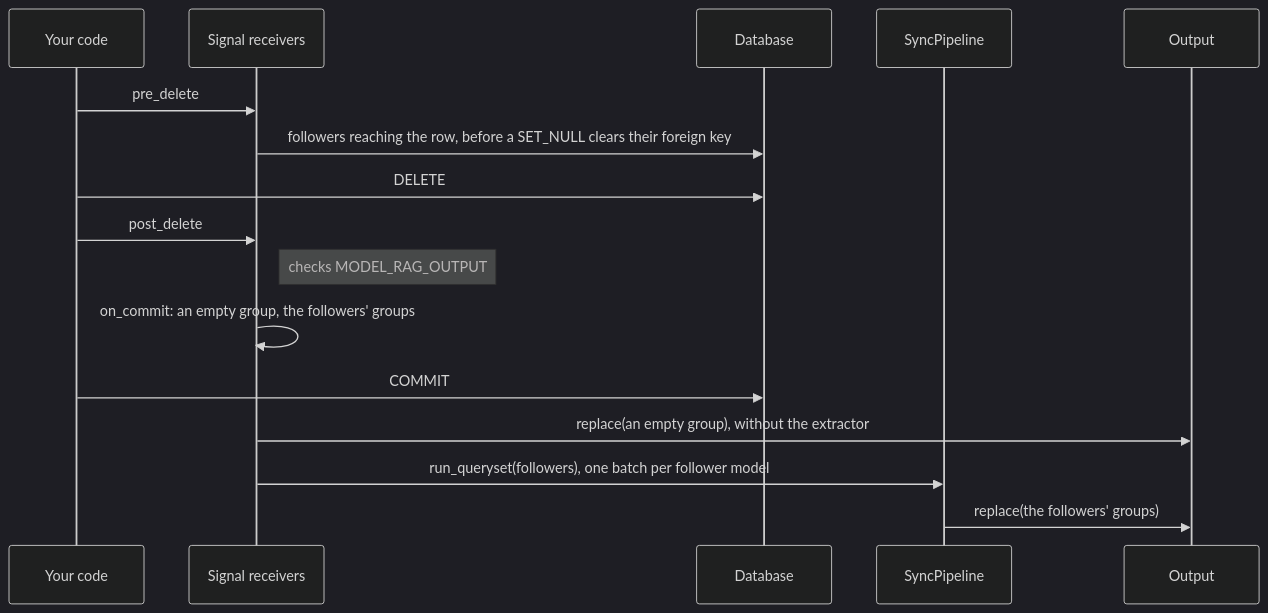
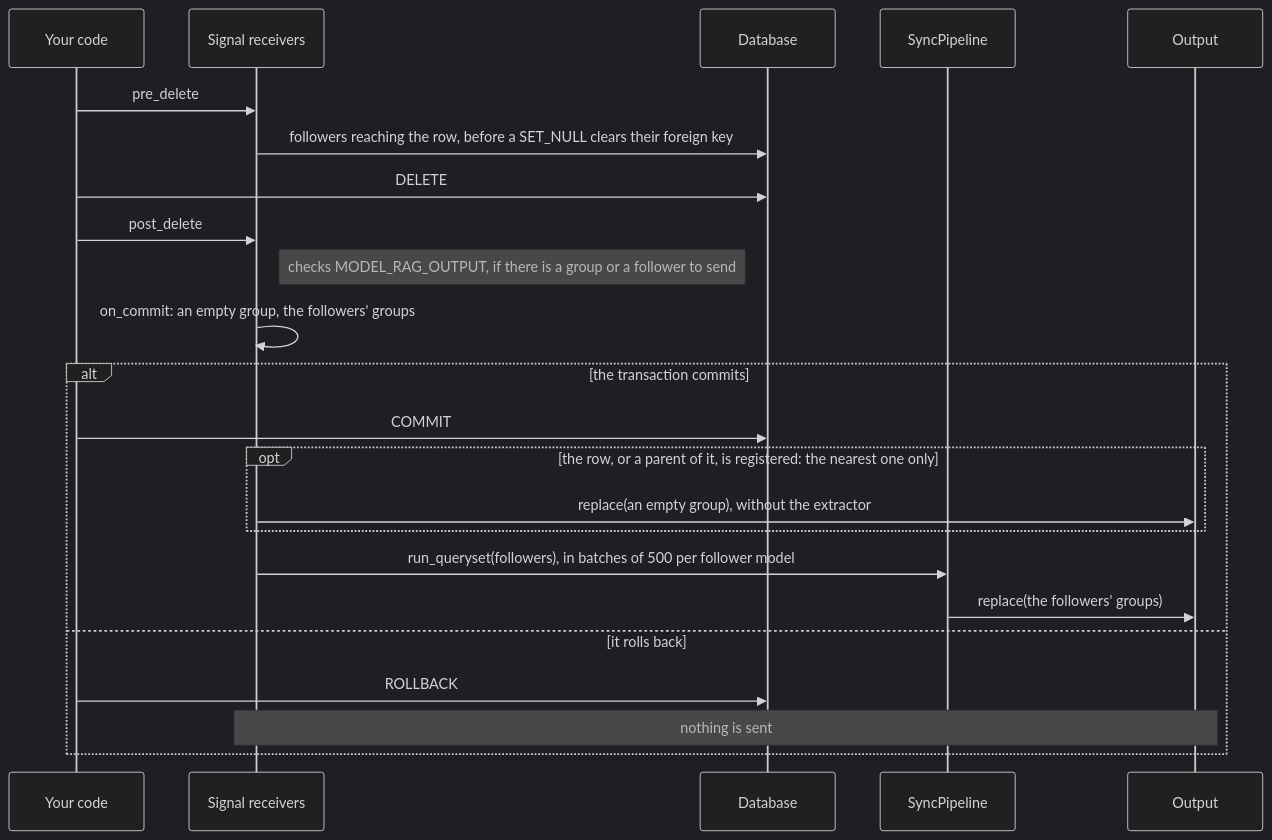
One commit to gtolivier/django-model-rag changed the fourth of 4 diagrams in README.md. Above: the diagram before and after it, drawn with Mermaid (dark theme). The commit also changed other lines of this file, not shown here.

First line of the commit message:
Match the README diagrams to what the signals and run() do

````diff
--- a/README.md
+++ b/README.md
@@ -628,18 +632,25 @@
 ```mermaid
 sequenceDiagram
     participant App as Your code
     participant S as Signal receivers
     participant DB as Database
     participant P as SyncPipeline
     participant O as Output
     App->>S: pre_delete
     S->>DB: followers reaching the row, before a SET_NULL clears their foreign key
     App->>DB: DELETE
     App->>S: post_delete
-    Note right of S: checks MODEL_RAG_OUTPUT
+    Note right of S: checks MODEL_RAG_OUTPUT, if there is a group or a follower to send
     S->>S: on_commit: an empty group, the followers' groups
-    App->>DB: COMMIT
-    S->>O: replace(an empty group), without the extractor
-    S->>P: run_queryset(followers), one batch per follower model
-    P->>O: replace(the followers' groups)
+    alt the transaction commits
+        App->>DB: COMMIT
+        opt the row, or a parent of it, is registered: the nearest one only
+            S->>O: replace(an empty group), without the extractor
+        end
+        S->>P: run_queryset(followers), in batches of 500 per follower model
+        P->>O: replace(the followers' groups)
+    else it rolls back
+        App->>DB: ROLLBACK
+        Note over S,O: nothing is sent
+    end
 ```
````
